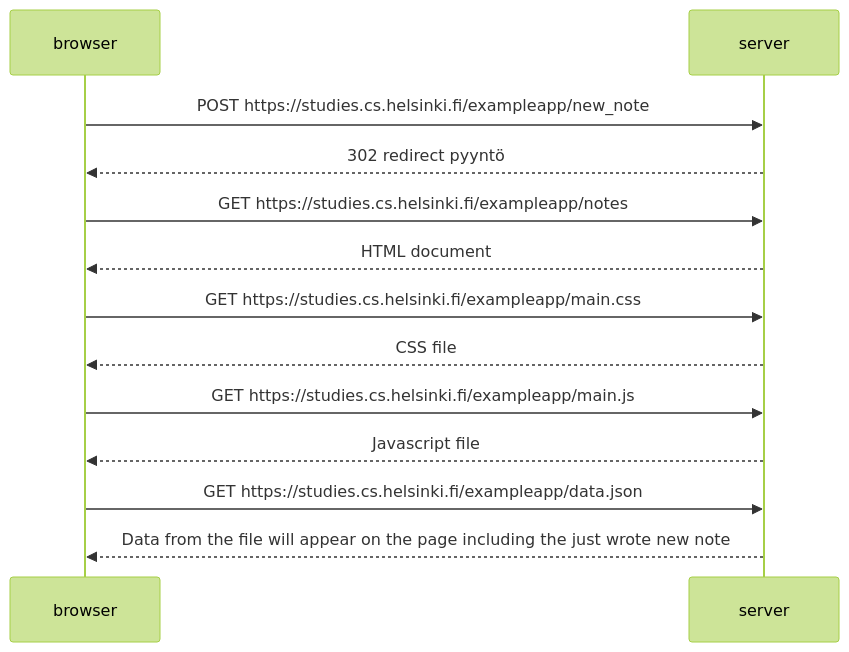
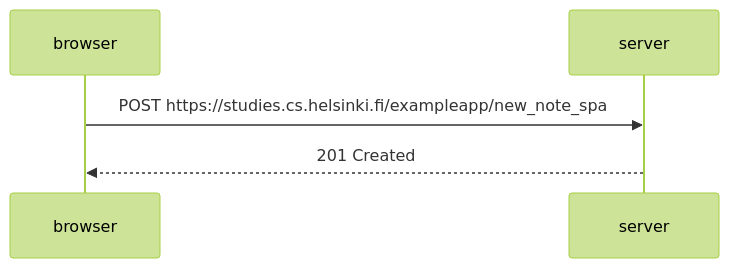
Before and after one commit to henniseppis/Fullstack-course: the diagram in osa0/0.6.md, drawn with Mermaid (forest theme).

````diff
--- a/osa0/0.6.md
+++ b/osa0/0.6.md
@@ -3,29 +3,23 @@
 ```mermaid
 
 sequenceDiagram
     participant browser
     participant server
 
-    browser->>server: POST https://studies.cs.helsinki.fi/exampleapp/new_note
-    %% selain lähettää palvelimelle juuri luodun uuden noten osoitteeseen "new_note"
+    %% koodi hakee lomake-elementin jolle rekisteröidään tapahtumakäsittelijä hoitamaan lähetyksen
+    %% estetään sivun uudelleen lataus lähetyksen yhteydessä, sillä semmoiset eivät kuulu single page appeihin
+    %% koodi luo muistiinpanon 
 
-    server-->>browser: 302 redirect pyyntö
-    %% palvelin vastaa HTTP 302 uudelleenohjauspyynnöllä ja pyytää selainta tekemään automaattisen HTTP GET- pyynnön
+    browser->>server: POST https://studies.cs.helsinki.fi/exampleapp/new_note_spa
+    %% koodi lähettää palvelimelle juuri luodun uuden noten osoitteeseen "new_note_spa"
+
+    server-->>browser: 201 Created
+    %% palvelin vastaa HTTP 201 created- statuskoodilla
+    %% uudelleenohjaukselle ei tarvetta SPA-apissa.
+    %% Selain pysyy samalla sivulla, ei tarvetta muille HTTP-pyynnöille
+
+    
+ 
    
-    browser->>server: GET https://studies.cs.helsinki.fi/exampleapp/notes
-    %% HTTP GET - pyyntö headerin "location" pyytämään paikkaan, joka tässä tapauksessa on "notes"
-    server-->>browser: HTML document
-    
-    browser->>server: GET https://studies.cs.helsinki.fi/exampleapp/main.css
-    %% edellinen saa myös aikaan 3 muuta HTTP- pyyntöä (tyylitiedosto, javascript-koodi, muistiinpanojen raakadata).
-    server-->>browser: CSS file
-
-    browser->>server: GET https://studies.cs.helsinki.fi/exampleapp/main.js
-    %% javascript-koodi
-    server-->>browser: Javascript file
-
-    browser->>server: GET https://studies.cs.helsinki.fi/exampleapp/data.json
-    %% muistiinpanojen raakadata esim. {content: "", date: "2024-02-01T03:36:48.294Z"}...
-    server-->>browser: Data from the file will appear on the page including the just wrote new note
     
 ```
````
